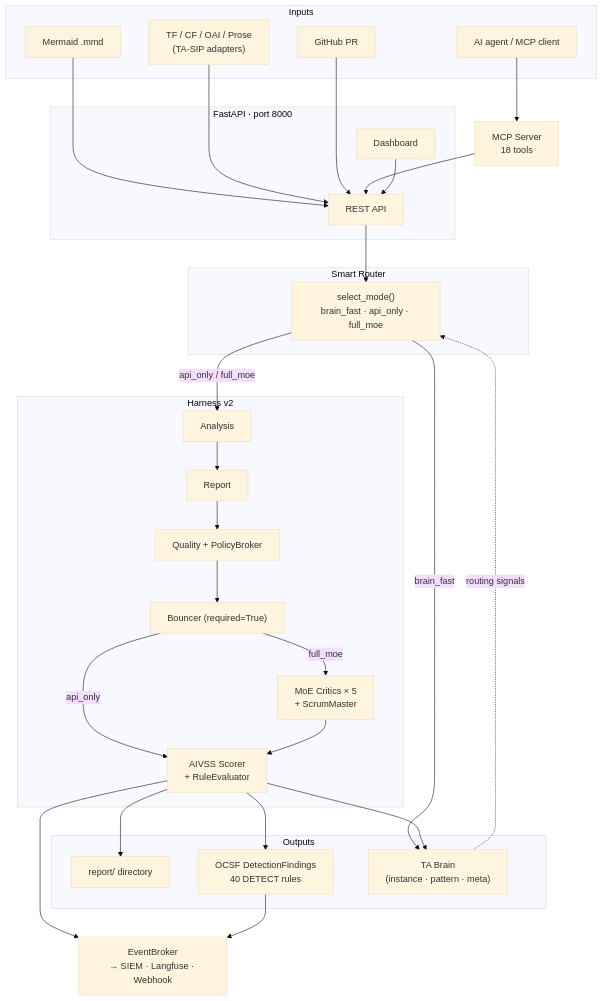
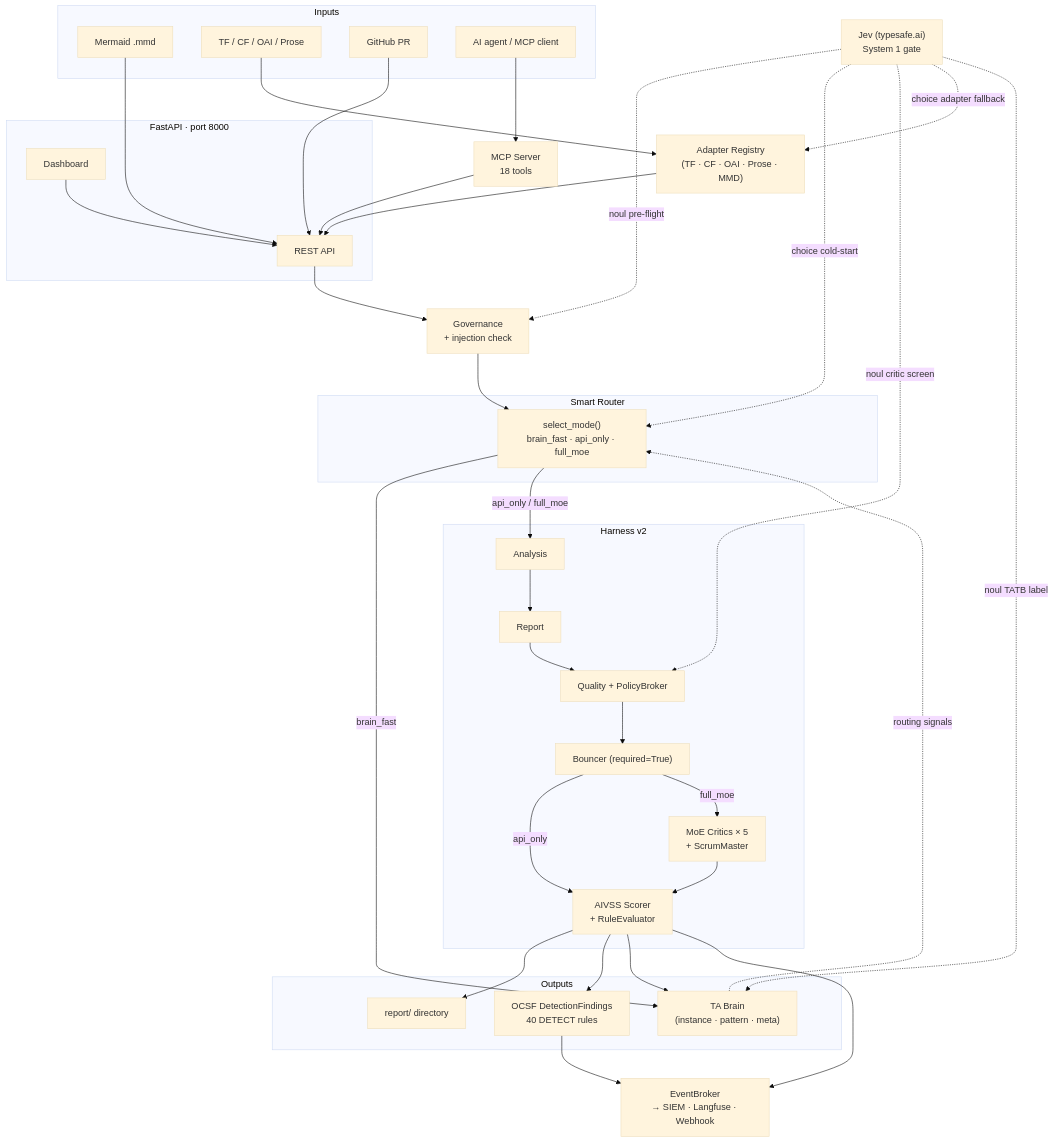
The diagram in README.md (BerdTan/threatassessor), drawn with Mermaid (base theme) before and after one commit. The commit also changed other lines of this file, not shown here.

Commit message:
docs: update README architecture diagram with Jev + governance + adapter registry
Add Jev (typesafe.ai) node with 5 dashed augmentation arrows:
- noul pre-flight → Governance
- choice cold-start → Smart Router
- noul critic screen → Quality + PolicyBroker
- choice adapter fallback → Adapter Registry
- noul TATB label → TA Brain

Also surface Governance and Adapter Registry as explicit nodes
(previously implicit in the pipeline). Update caption to describe
Jev's role and fallback behaviour.

````diff
--- a/README.md
+++ b/README.md
@@ -15,63 +15,74 @@
 ```mermaid
 flowchart TD
     subgraph Inputs
         mmd_in["Mermaid .mmd"]
-        sip_in["TF / CF / OAI / Prose\n(TA-SIP adapters)"]
+        sip_in["TF / CF / OAI / Prose"]
         pr_in["GitHub PR"]
         ai_in["AI agent / MCP client"]
     end
 
     subgraph Service["FastAPI  ·  port 8000"]
         rest_api["REST API"]
         dash_ui["Dashboard"]
     end
 
     mcp_srv["MCP Server\n18 tools"]
+    adpt["Adapter Registry\n(TF · CF · OAI · Prose · MMD)"]
+    gov["Governance\n+ injection check"]
+    jev["Jev  (typesafe.ai)\nSystem 1 gate"]
 
     subgraph Router["Smart Router"]
         sr["select_mode()\nbrain_fast · api_only · full_moe"]
     end
 
     subgraph Harness["Harness v2"]
         an_s["Analysis"]
         rp_s["Report"]
         ql_s["Quality + PolicyBroker"]
         bo_s["Bouncer  (required=True)"]
         cr_s["MoE Critics × 5\n+ ScrumMaster"]
         av_s["AIVSS Scorer\n+ RuleEvaluator"]
     end
 
     eb["EventBroker\n→ SIEM · Langfuse · Webhook"]
 
     subgraph Outputs
         rep_o["report/ directory"]
         ocsf_o["OCSF DetectionFindings\n40 DETECT rules"]
         brn_o["TA Brain\n(instance · pattern · meta)"]
     end
 
     mmd_in --> rest_api
-    sip_in --> rest_api
+    sip_in --> adpt
+    adpt --> rest_api
     pr_in --> rest_api
     ai_in --> mcp_srv
     mcp_srv --> rest_api
     dash_ui --> rest_api
 
-    rest_api --> sr
+    rest_api --> gov
+    gov --> sr
     brn_o -.->|routing signals| sr
 
     sr -->|brain_fast| brn_o
     sr -->|api_only / full_moe| an_s
 
     an_s --> rp_s
     rp_s --> ql_s
     ql_s --> bo_s
     bo_s -->|api_only| av_s
     bo_s -->|full_moe| cr_s
     cr_s --> av_s
 
     av_s --> rep_o
     av_s --> ocsf_o
     av_s --> brn_o
     av_s --> eb
     ocsf_o --> eb
+
+    jev -.->|noul pre-flight| gov
+    jev -.->|choice cold-start| sr
+    jev -.->|noul critic screen| ql_s
+    jev -.->|choice adapter fallback| adpt
+    jev -.->|noul TATB label| brn_o
 ```
````
